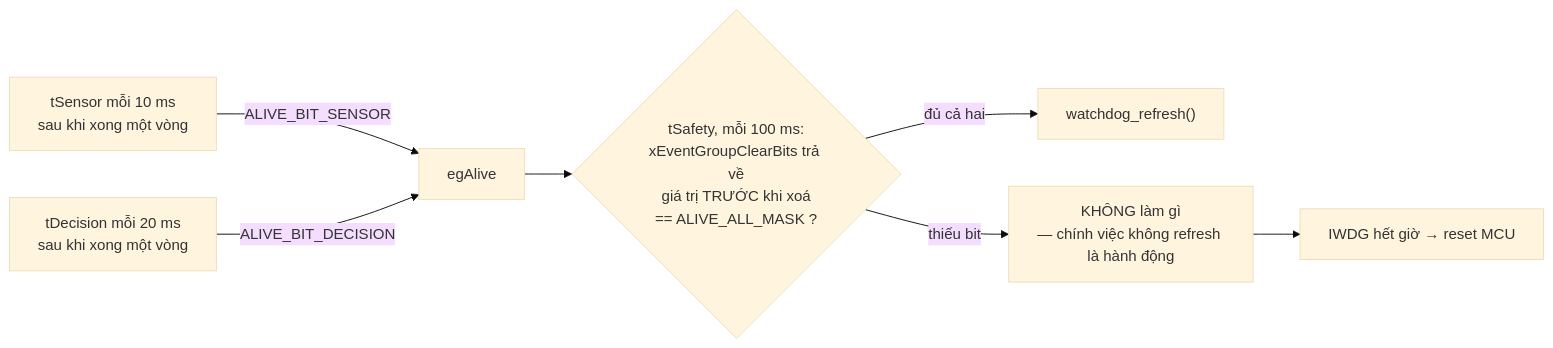
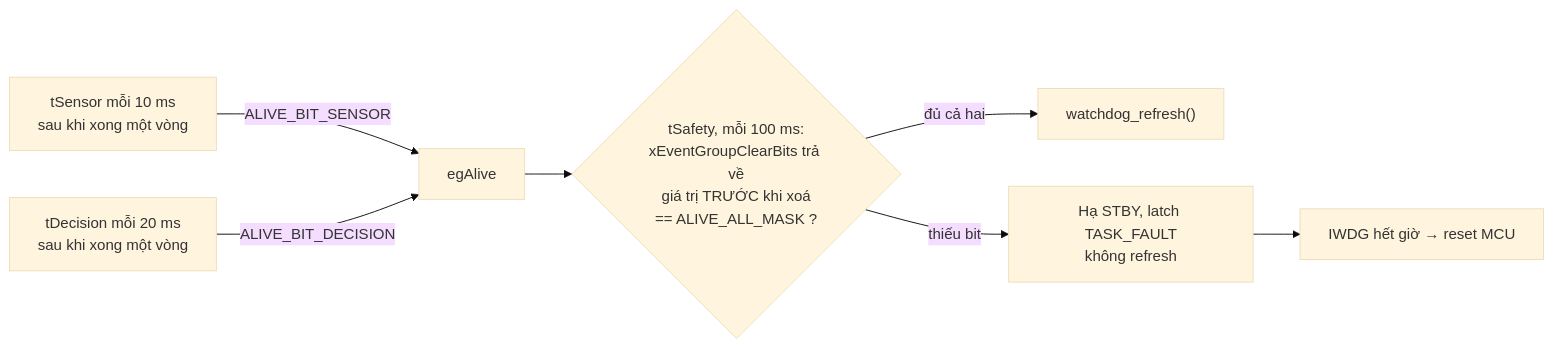
Before and after one commit to NguyenTrongNhan2006/STM32-Obstacle-Avoidance-Car: the diagram in About/IMPLEMENTATION_STATUS.md, drawn with Mermaid (base theme). The commit also changed other lines of this file and 27 other files, not shown here.

````diff
--- a/About/IMPLEMENTATION_STATUS.md
+++ b/About/IMPLEMENTATION_STATUS.md
@@ -474,9 +478,9 @@
 ```mermaid
 flowchart LR
     S["tSensor mỗi 10 ms<br/>sau khi xong một vòng"] -->|"ALIVE_BIT_SENSOR"| EG["egAlive"]
     D["tDecision mỗi 20 ms<br/>sau khi xong một vòng"] -->|"ALIVE_BIT_DECISION"| EG
     EG --> C{"tSafety, mỗi 100 ms:<br/>xEventGroupClearBits trả về<br/>giá trị TRƯỚC khi xoá<br/>== ALIVE_ALL_MASK ?"}
     C -->|"đủ cả hai"| K["watchdog_refresh()"]
-    C -->|"thiếu bit"| N["KHÔNG làm gì<br/>— chính việc không refresh là hành động"]
+    C -->|"thiếu bit"| N["Hạ STBY, latch TASK_FAULT<br/>không refresh"]
     N --> R["IWDG hết giờ → reset MCU"]
 ```
````
